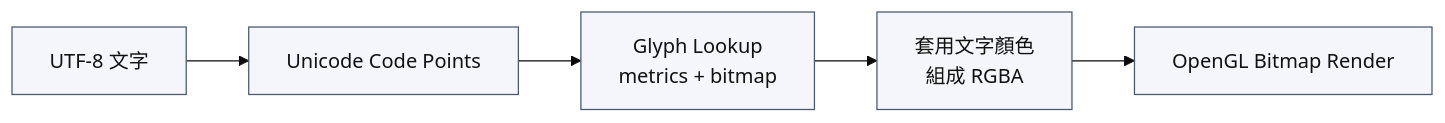
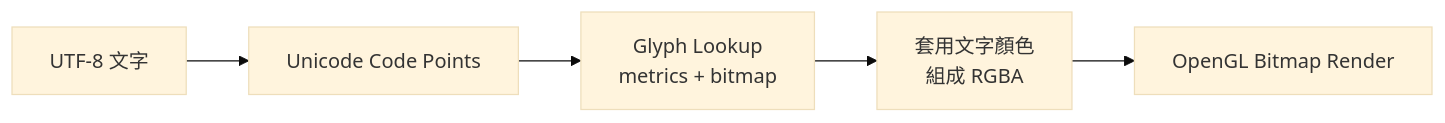
The diagram in docs/figures-src/ch05_gfnt-runtime.mmd (YuanOwO/CG-hw1-paint), drawn with Mermaid (base theme) before and after one commit. The commit also changed 38 other files, not shown here.

First line of the commit message:
docs: 完善架構說明並重新產生相關圖表

```diff
--- a/docs/figures-src/ch05_gfnt-runtime.mmd
+++ b/docs/figures-src/ch05_gfnt-runtime.mmd
@@ -1,8 +1,5 @@
 flowchart LR
     utf8[UTF-8 文字] --> decode[Unicode Code Points]
     decode --> glyph[Glyph Lookup<br/>metrics + bitmap]
     glyph --> pixels[套用文字顏色<br/>組成 RGBA]
     pixels --> render[OpenGL Bitmap Render]
-
-    classDef step fill:#f4f6fb,stroke:#49566b,color:#111,stroke-width:1px;
-    class utf8,decode,glyph,pixels,render step;
```
